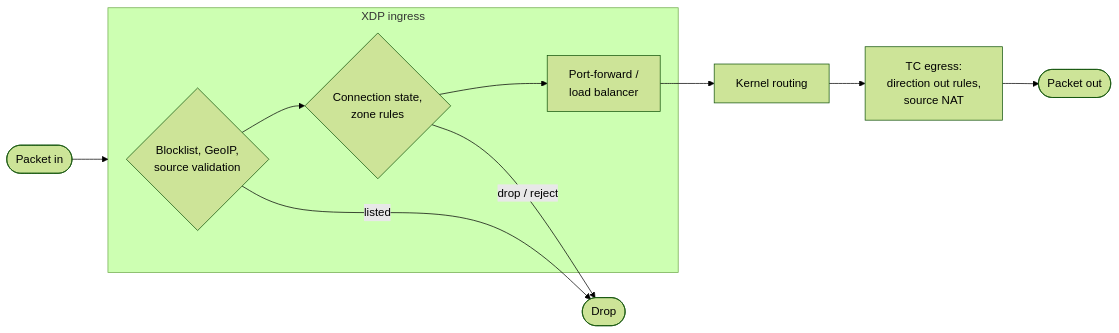
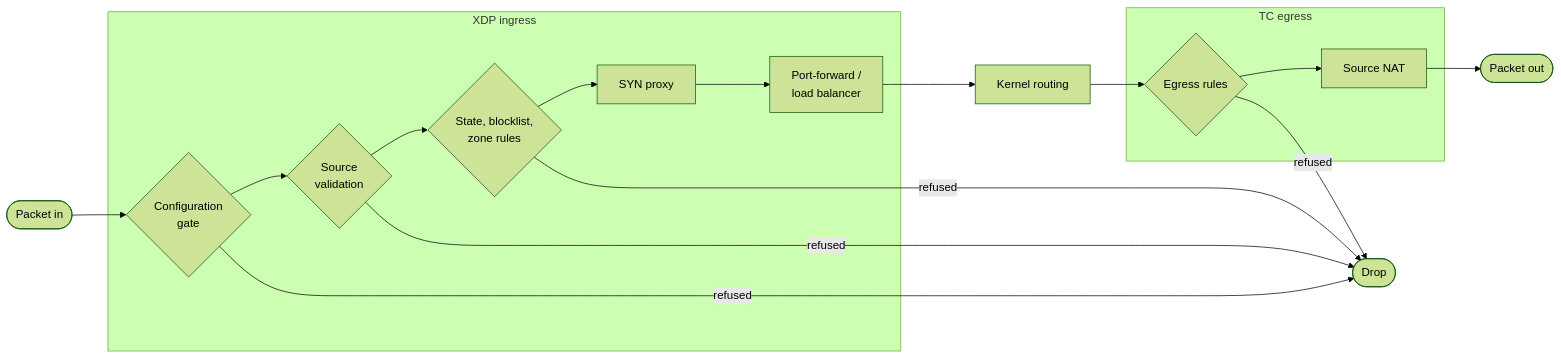
Before and after one commit to Velstra/sentinel: the first of 2 diagrams in docs/src/handbook/firewall.md, drawn with Mermaid (forest theme). The commit also changed other lines of this file, not shown here.

First line of the commit message:
docs(handbook): firewall packet path from the data-plane source, cut restated prose

````diff
--- a/docs/src/handbook/firewall.md
+++ b/docs/src/handbook/firewall.md
@@ -31,15 +31,14 @@
 ```mermaid
 flowchart LR
-  in([Packet in]) --> xdp
+  in([Packet in]) --> gate
   subgraph xdp [XDP ingress]
-    bl{Blocklist, GeoIP,<br/>source validation}
-    pol{Connection state,<br/>zone rules}
-    dnat[Port-forward /<br/>load balancer]
-    bl --> pol --> dnat
+    gate{Configuration<br/>gate} --> sv{Source<br/>validation} --> pol{State, blocklist,<br/>zone rules} --> syn[SYN proxy] --> dnat[Port-forward /<br/>load balancer]
   end
-  bl -->|listed| drop([Drop])
-  pol -->|drop / reject| drop
   dnat --> route[Kernel routing]
-  route --> tc[TC egress:<br/>direction out rules,<br/>source NAT]
-  tc --> out([Packet out])
+  subgraph tc [TC egress]
+    epol{Egress rules} --> snat[Source NAT]
+  end
+  route --> epol
+  snat --> out([Packet out])
+  gate & sv & pol & epol -->|refused| drop([Drop])
 ```
````
